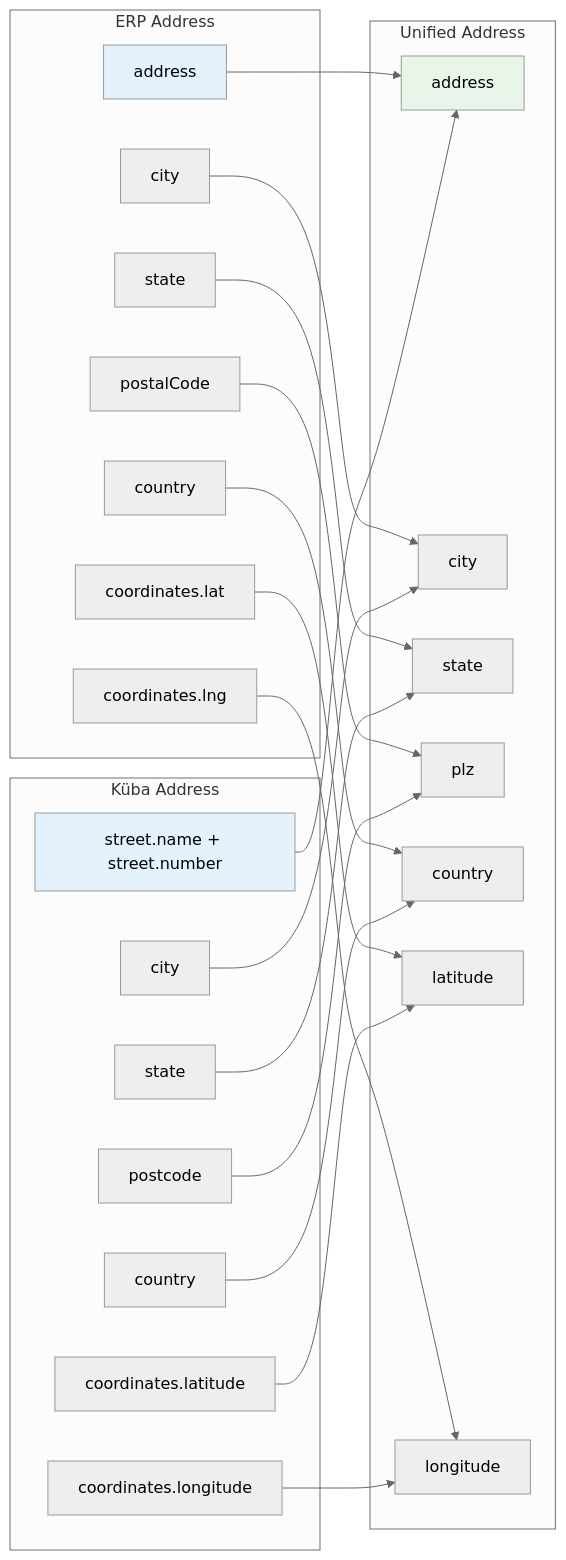
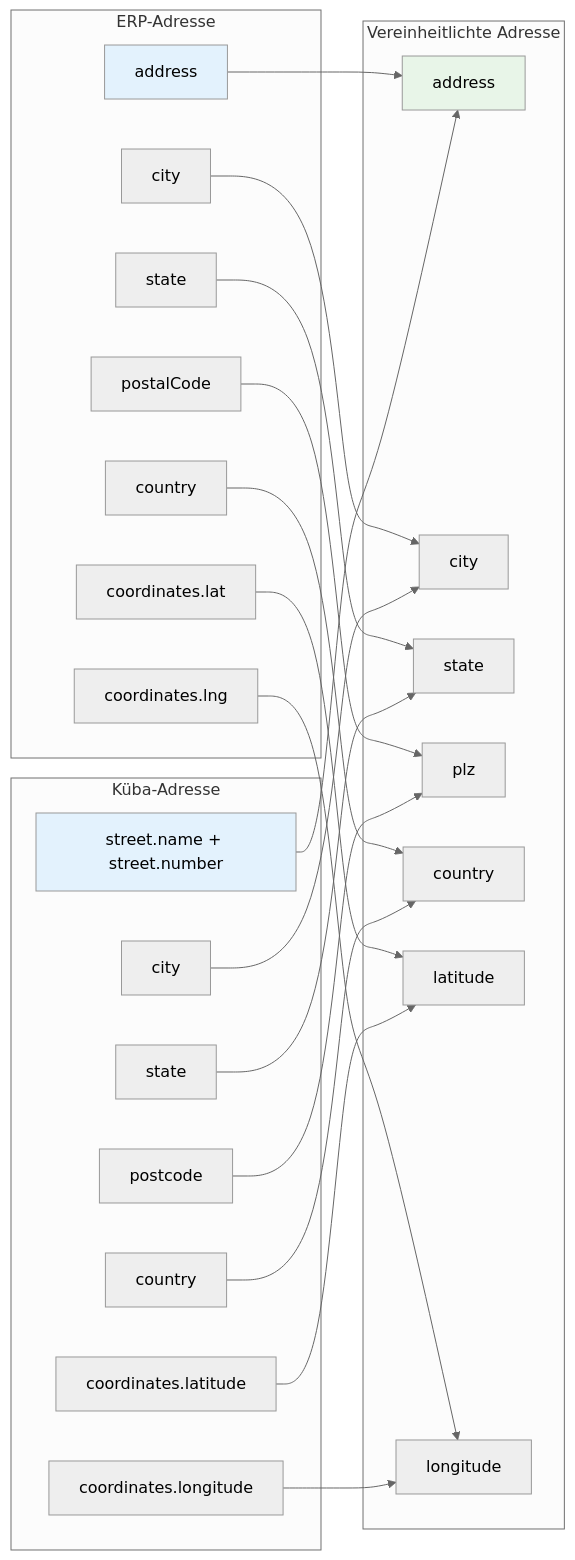
One commit to chrisoco/APDE_BE changed the seventh of 7 diagrams in docs/src/Prospects.md. Above: the diagram before and after it, drawn with Mermaid (neutral theme). The commit also changed other lines of this file and 14 other files, not shown here.

````diff
--- a/docs/src/Prospects.md
+++ b/docs/src/Prospects.md
@@ -323,52 +323,52 @@
 ```mermaid
 graph LR
-    subgraph "ERP Address"
+    subgraph "ERP-Adresse"
         ErpAddr[address]
         ErpCity[city]
         ErpState[state]
         ErpPlz[postalCode]
         ErpCountry[country]
         ErpLat[coordinates.lat]
         ErpLng[coordinates.lng]
     end
-    
-    subgraph "Küba Address"
+
+    subgraph "Küba-Adresse"
         KuebaStreet[street.name + street.number]
         KuebaCity[city]
         KuebaState[state]
         KuebaPlz[postcode]
         KuebaCountry[country]
         KuebaLat[coordinates.latitude]
         KuebaLng[coordinates.longitude]
     end
-    
-    subgraph "Unified Address"
+
+    subgraph "Vereinheitlichte Adresse"
         UnifiedAddr[address]
         UnifiedCity[city]
         UnifiedState[state]
         UnifiedPlz[plz]
         UnifiedCountry[country]
         UnifiedLat[latitude]
         UnifiedLng[longitude]
     end
-    
+
     ErpAddr --> UnifiedAddr
     ErpCity --> UnifiedCity
     ErpState --> UnifiedState
     ErpPlz --> UnifiedPlz
     ErpCountry --> UnifiedCountry
     ErpLat --> UnifiedLat
     ErpLng --> UnifiedLng
-    
+
     KuebaStreet --> UnifiedAddr
     KuebaCity --> UnifiedCity
     KuebaState --> UnifiedState
     KuebaPlz --> UnifiedPlz
     KuebaCountry --> UnifiedCountry
     KuebaLat --> UnifiedLat
     KuebaLng --> UnifiedLng
-    
+
     style ErpAddr fill:#e3f2fd
     style KuebaStreet fill:#e3f2fd
     style UnifiedAddr fill:#e8f5e8
 ```
````
